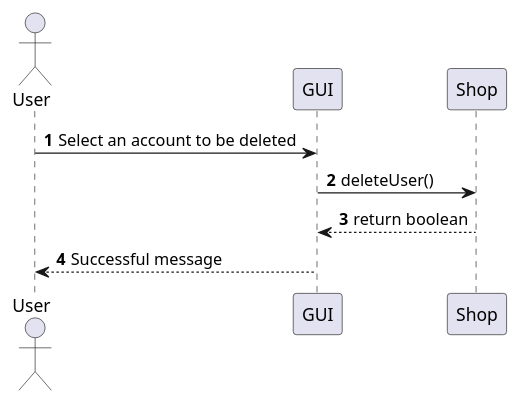
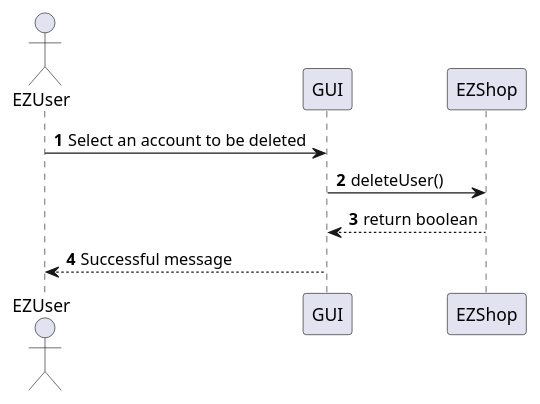
The eighth of 24 diagrams in Deliverables/DesignDocument.md (Stormz4/group20-EzShop), drawn with PlantUML before and after one commit. The commit also changed other lines of this file and 3 other files, not shown here.

````diff
--- a/Deliverables/DesignDocument.md
+++ b/Deliverables/DesignDocument.md
@@ -477,10 +474,10 @@
 ```plantuml
 @startuml
-Actor User
+Actor EZUser
 autonumber
-User -> GUI: Select an account to be deleted
-GUI -> Shop: deleteUser()
-Shop --> GUI: return boolean
-GUI --> User: Successful message
+EZUser -> GUI: Select an account to be deleted
+GUI -> EZShop: deleteUser()
+EZShop --> GUI: return boolean
+GUI --> EZUser: Successful message
 @enduml
 ```
````
